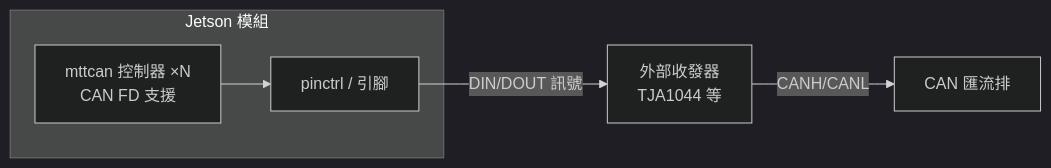
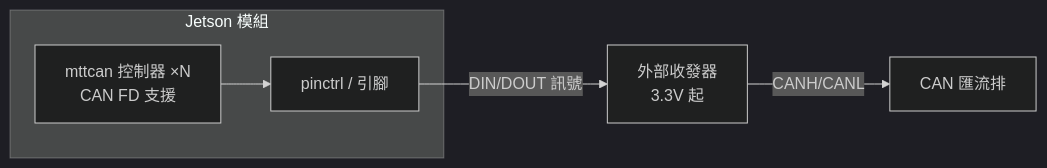
One commit to stanleyh07/opendoc changed the first of 2 diagrams in doc/01-開發技術/嵌入式開發/平台/NVIDIA/Jetson mttcan CAN 驗證指南.md. Above: the diagram before and after it, drawn with Mermaid (dark theme). The commit also changed other lines of this file and 1 other file, not shown here.

````diff
--- a/doc/01-開發技術/嵌入式開發/平台/NVIDIA/Jetson mttcan CAN 驗證指南.md
+++ b/doc/01-開發技術/嵌入式開發/平台/NVIDIA/Jetson mttcan CAN 驗證指南.md
@@ -29,8 +33,8 @@
 ```mermaid
 flowchart LR
     subgraph Jetson["Jetson 模組"]
         MCAN[mttcan 控制器 ×N<br/>CAN FD 支援] --> PIN[pinctrl / 引腳]
     end
-    PIN -->|DIN/DOUT 訊號| TRX[外部收發器<br/>TJA1044 等]
+    PIN -->|DIN/DOUT 訊號| TRX[外部收發器<br/>3.3V 起]
     TRX -->|CANH/CANL| BUS[CAN 匯流排]
 ```
````
